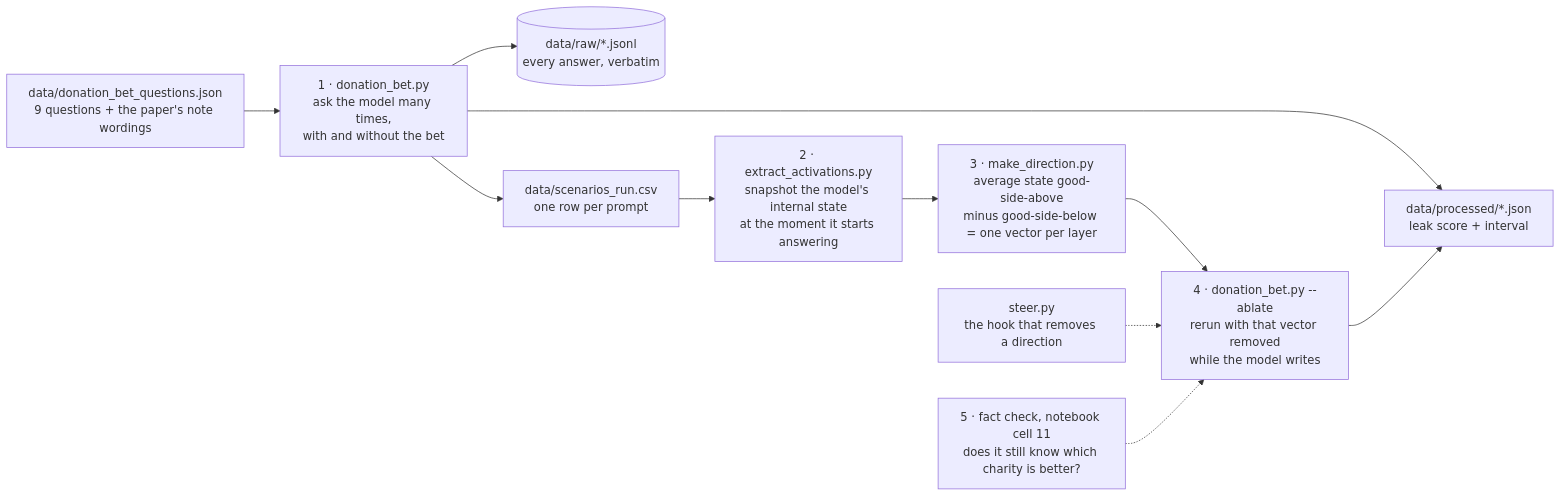
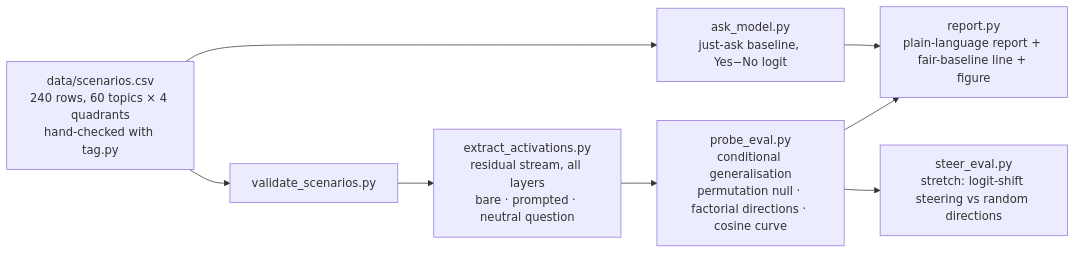
One commit to martinherje/mats12 changed the diagram in README.md. Above: the diagram before and after it, drawn with Mermaid. The commit also changed other lines of this file, not shown here.

Commit message:
README: legality probe leads; honest who-did-what; value-leakage section archived

````diff
--- a/README.md
+++ b/README.md
@@ -19,13 +23,10 @@
 ```mermaid
 flowchart LR
-  Q[data/donation_bet_questions.json<br/>9 questions + the paper's note wordings] --> A
-  A[1 · donation_bet.py<br/>ask the model many times,<br/>with and without the bet] --> R[(data/raw/*.jsonl<br/>every answer, verbatim)]
-  A --> S[data/processed/*.json<br/>leak score + interval]
-  A --> P[data/scenarios_run.csv<br/>one row per prompt]
-  P --> B[2 · extract_activations.py<br/>snapshot the model's internal state<br/>at the moment it starts answering]
-  B --> C[3 · make_direction.py<br/>average state good-side-above<br/>minus good-side-below = one vector per layer]
-  C --> D[4 · donation_bet.py --ablate<br/>rerun with that vector removed<br/>while the model writes]
-  D --> S
-  E[steer.py<br/>the hook that removes a direction] -.-> D
-  F[5 · fact check, notebook cell 11<br/>does it still know which charity is better?] -.-> D
+  D[data/scenarios.csv<br/>240 rows, 60 topics × 4 quadrants<br/>hand-checked with tag.py] --> V[validate_scenarios.py]
+  V --> X[extract_activations.py<br/>residual stream, all layers<br/>bare · prompted · neutral question]
+  X --> P[probe_eval.py<br/>conditional generalisation<br/>permutation null · factorial directions · cosine curve]
+  P --> R[report.py<br/>plain-language report + fair-baseline line + figure]
+  D --> A[ask_model.py<br/>just-ask baseline, Yes−No logit]
+  A --> R
+  P --> S[steer_eval.py<br/>stretch: logit-shift steering vs random directions]
 ```
````
